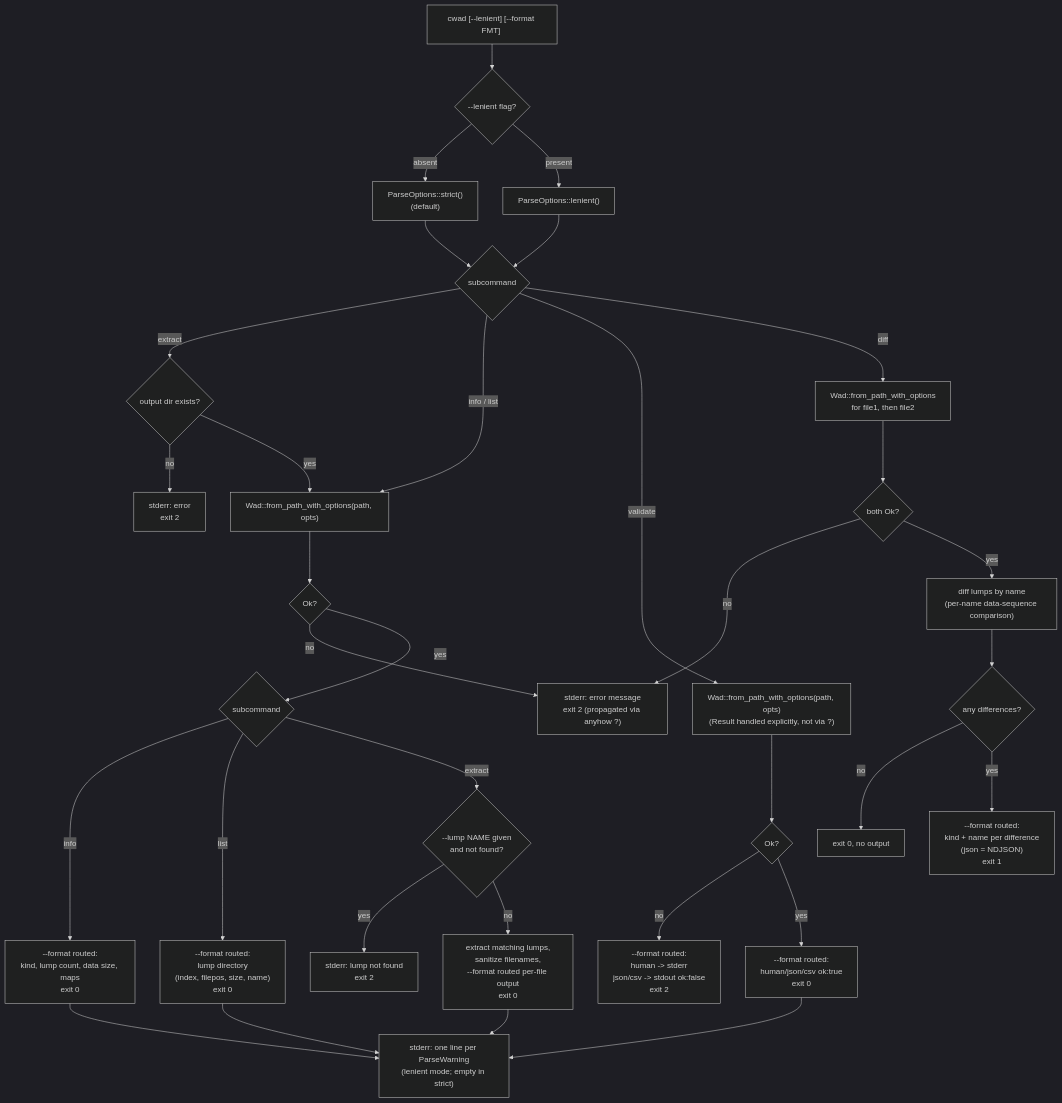
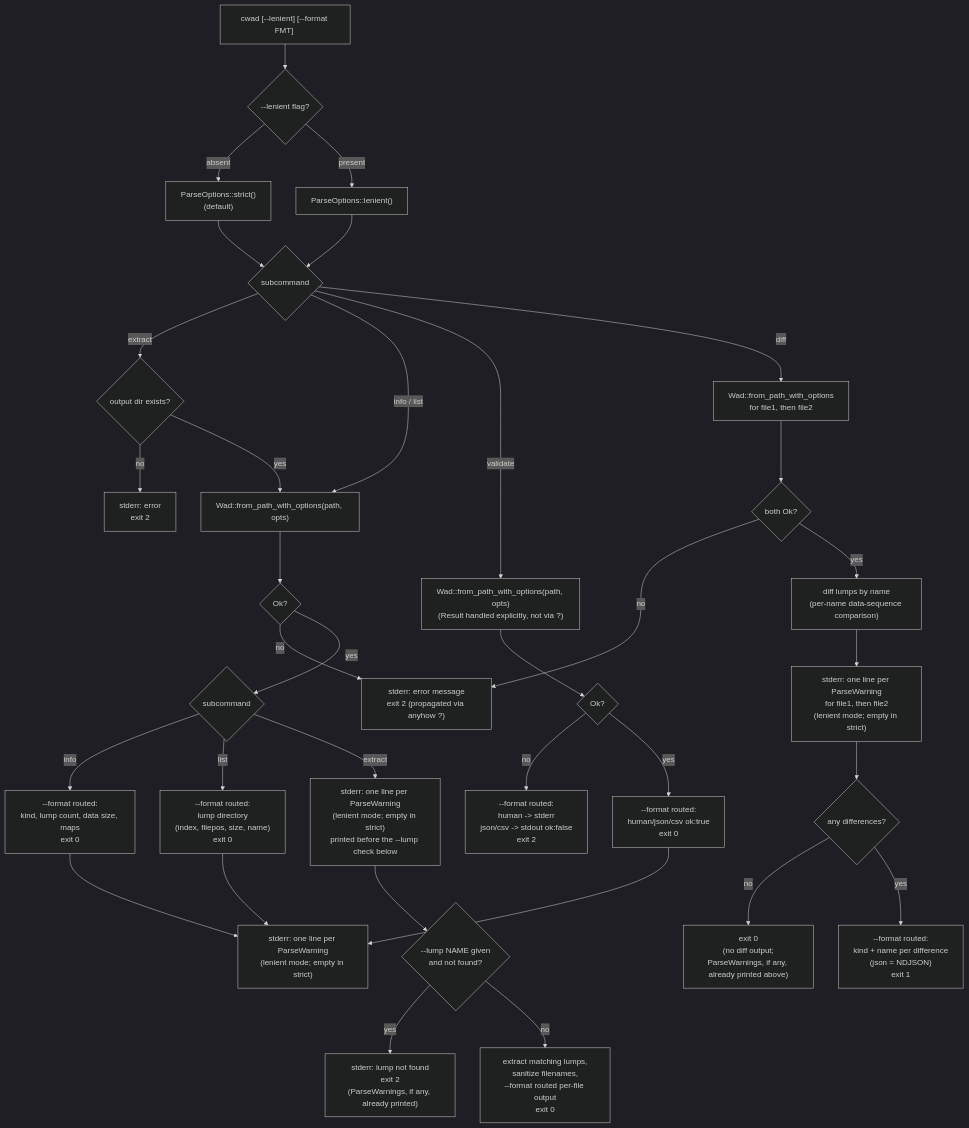
Before and after one commit to masriamir/crustywad: the first of 2 diagrams in docs/diagrams/cli-flow.md, drawn with Mermaid (dark theme). The commit also changed other lines of this file, not shown here.

Commit message:
docs(diagrams): fix write-feature wording and warning-emission paths in CLI flow

````diff
--- a/docs/diagrams/cli-flow.md
+++ b/docs/diagrams/cli-flow.md
@@ -11,43 +11,45 @@
 ```mermaid
 flowchart TD
     A["cwad [--lenient] [--format FMT] <subcommand>"]
     B{"--lenient flag?"}
     C["ParseOptions::strict()\n(default)"]
     D["ParseOptions::lenient()"]
     A --> B
     B -- "absent" --> C
     B -- "present" --> D
     C & D --> E{"subcommand"}
 
     E -- "extract" --> X0{"output dir exists?"}
     X0 -- "no" --> ERR2A["stderr: error\nexit 2"]
     X0 -- "yes" --> LOAD
 
     E -- "info / list" --> LOAD["Wad::from_path_with_options(path, opts)"]
     E -- "validate" --> LOADV["Wad::from_path_with_options(path, opts)\n(Result handled explicitly, not via ?)"]
     E -- "diff" --> LOAD2["Wad::from_path_with_options\nfor file1, then file2"]
 
     LOAD --> R1{"Ok?"}
     R1 -- "no" --> ERR2B["stderr: error message\nexit 2 (propagated via anyhow ?)"]
     R1 -- "yes" --> S1{"subcommand"}
 
     LOADV --> RV{"Ok?"}
     RV -- "no" --> FMTERRV["--format routed:\nhuman -> stderr\njson/csv -> stdout ok:false\nexit 2"]
     RV -- "yes" --> FMTOKV["--format routed:\nhuman/json/csv ok:true\nexit 0"]
 
     LOAD2 --> R2{"both Ok?"}
     R2 -- "no" --> ERR2B
     R2 -- "yes" --> DCALC["diff lumps by name\n(per-name data-sequence comparison)"]
 
     S1 -- "info" --> OUT1["--format routed:\nkind, lump count, data size, maps\nexit 0"]
     S1 -- "list" --> OUT2["--format routed:\nlump directory\n(index, filepos, size, name)\nexit 0"]
-    S1 -- "extract" --> OUT3{"--lump NAME given\nand not found?"}
-    OUT3 -- "yes" --> ERR2C["stderr: lump not found\nexit 2"]
+    S1 -- "extract" --> WARNX["stderr: one line per ParseWarning\n(lenient mode; empty in strict)\nprinted before the --lump check below"]
+    WARNX --> OUT3{"--lump NAME given\nand not found?"}
+    OUT3 -- "yes" --> ERR2C["stderr: lump not found\nexit 2\n(ParseWarnings, if any, already printed)"]
     OUT3 -- "no" --> OUT3B["extract matching lumps,\nsanitize filenames,\n--format routed per-file output\nexit 0"]
 
-    DCALC --> DHAS{"any differences?"}
-    DHAS -- "no" --> ZERO["exit 0, no output"]
+    DCALC --> WARND["stderr: one line per ParseWarning\nfor file1, then file2\n(lenient mode; empty in strict)"]
+    WARND --> DHAS{"any differences?"}
+    DHAS -- "no" --> ZERO["exit 0\n(no diff output;\nParseWarnings, if any, already printed above)"]
     DHAS -- "yes" --> OUT4["--format routed:\nkind + name per difference\n(json = NDJSON)\nexit 1"]
 
-    OUT1 & OUT2 & FMTOKV & OUT3B --> WARN["stderr: one line per ParseWarning\n(lenient mode; empty in strict)"]
+    OUT1 & OUT2 & FMTOKV --> WARN["stderr: one line per ParseWarning\n(lenient mode; empty in strict)"]
 ```
````
